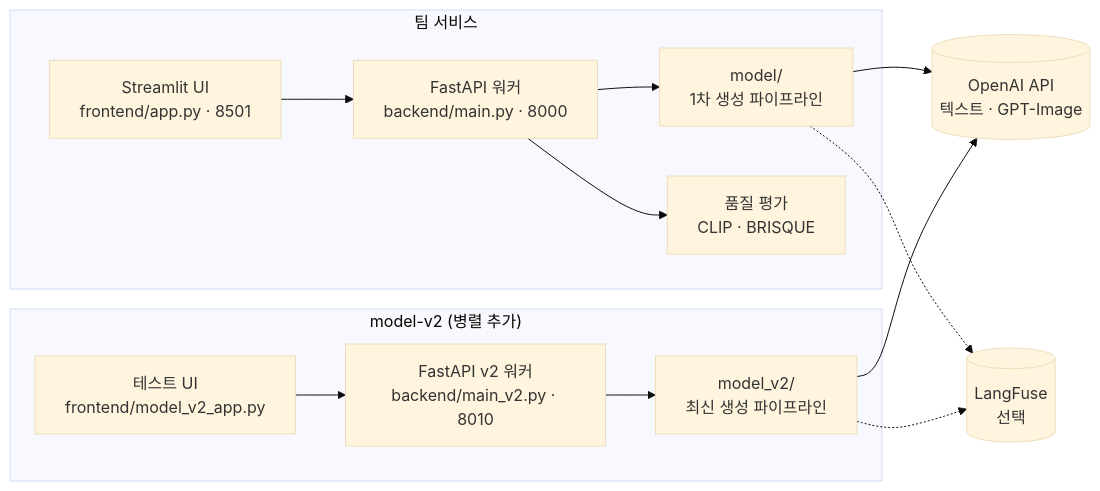
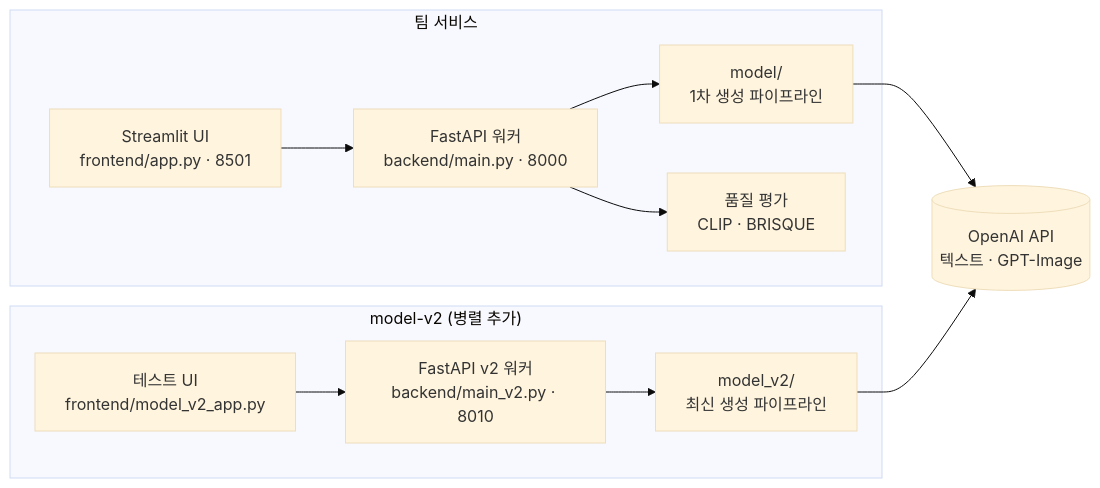
One commit to malit9999/TEAM02_ad-generator-ai changed the diagram in README.md. Above: the diagram before and after it, drawn with Mermaid (base theme). The commit also changed other lines of this file, not shown here.

First line of the commit message:
docs: README에서 LangFuse 표기 제거

````diff
--- a/README.md
+++ b/README.md
@@ -48,16 +48,14 @@
 ```mermaid
 flowchart LR
     subgraph team["팀 서비스"]
         UI1["Streamlit UI<br/>frontend/app.py · 8501"] --> W1["FastAPI 워커<br/>backend/main.py · 8000"]
         W1 --> M1["model/<br/>1차 생성 파이프라인"]
         W1 --> SC["품질 평가<br/>CLIP · BRISQUE"]
     end
     subgraph v2["model-v2 (병렬 추가)"]
         UI2["테스트 UI<br/>frontend/model_v2_app.py"] --> W2["FastAPI v2 워커<br/>backend/main_v2.py · 8010"]
         W2 --> M2["model_v2/<br/>최신 생성 파이프라인"]
     end
     M1 --> OAI[("OpenAI API<br/>텍스트 · GPT-Image")]
     M2 --> OAI
-    M1 -.-> LF[("LangFuse<br/>선택")]
-    M2 -.-> LF
 ```
````
